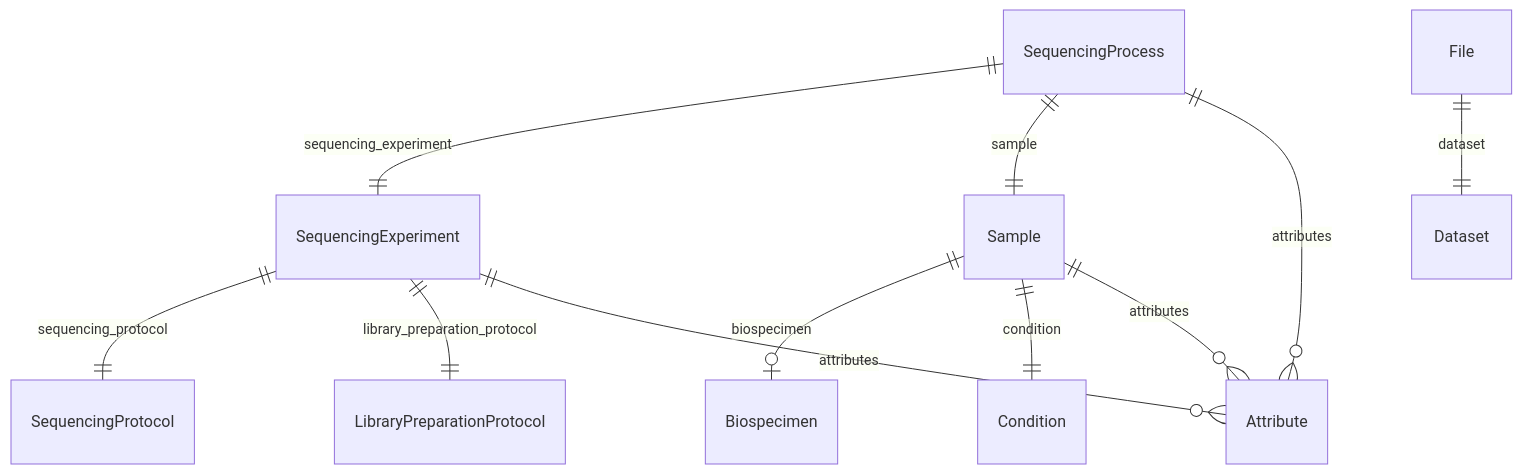
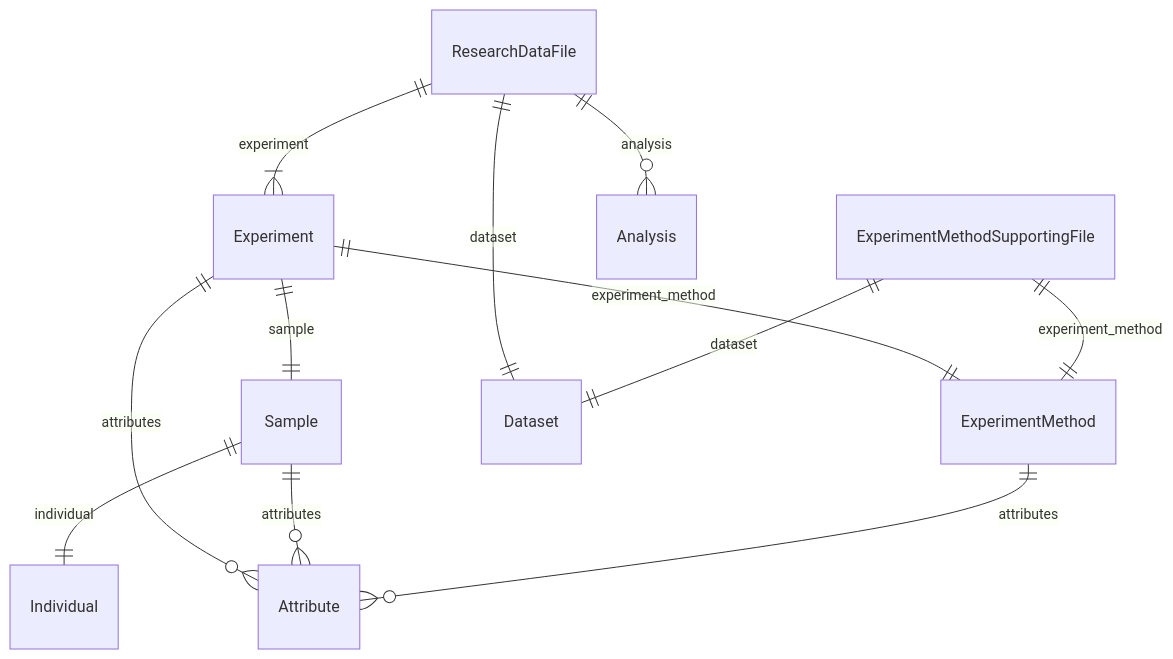
The third of 5 diagrams in docs/entity_relations.md (ghga-de/ghga-metadata-schema), drawn with Mermaid before and after one commit. The commit also changed other lines of this file and 384 other files, not shown here.

````diff
--- a/docs/entity_relations.md
+++ b/docs/entity_relations.md
@@ -163,27 +139,31 @@
 ```mermaid
 erDiagram
-SequencingProcess {
+ExperimentMethodSupportingFile {
 
 }
-File {
+ExperimentMethod {
+
+}
+ResearchDataFile {
 
 }
 Sample {
 
 }
-SequencingExperiment {
+Experiment {
 
 }
 
-SequencingProcess ||--|| SequencingExperiment : "sequencing_experiment"
-SequencingProcess ||--|| Sample : "sample"
-SequencingProcess ||--}o Attribute : "attributes"
-File ||--|| Dataset : "dataset"
-Sample ||--|o Biospecimen : "biospecimen"
-Sample ||--|| Condition : "condition"
+ExperimentMethodSupportingFile ||--|| ExperimentMethod : "experiment_method"
+ExperimentMethodSupportingFile ||--|| Dataset : "dataset"
+ExperimentMethod ||--}o Attribute : "attributes"
+ResearchDataFile ||--}| Experiment : "experiment"
+ResearchDataFile ||--}o Analysis : "analysis"
+ResearchDataFile ||--|| Dataset : "dataset"
+Sample ||--|| Individual : "individual"
 Sample ||--}o Attribute : "attributes"
-SequencingExperiment ||--|| SequencingProtocol : "sequencing_protocol"
-SequencingExperiment ||--|| LibraryPreparationProtocol : "library_preparation_protocol"
-SequencingExperiment ||--}o Attribute : "attributes"
+Experiment ||--|| ExperimentMethod : "experiment_method"
+Experiment ||--|| Sample : "sample"
+Experiment ||--}o Attribute : "attributes"
 
 ```
````
